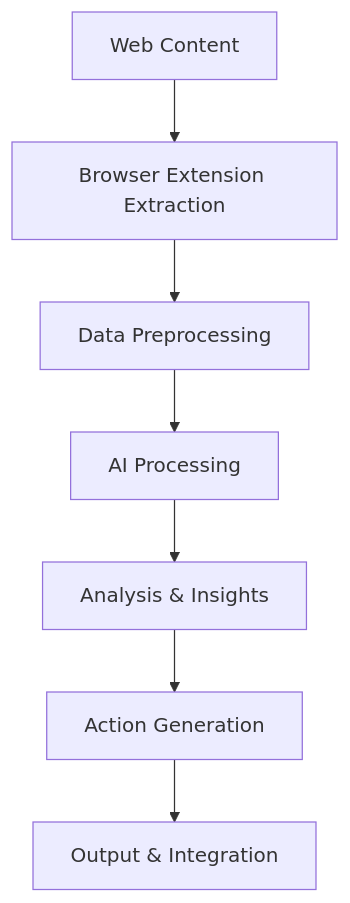
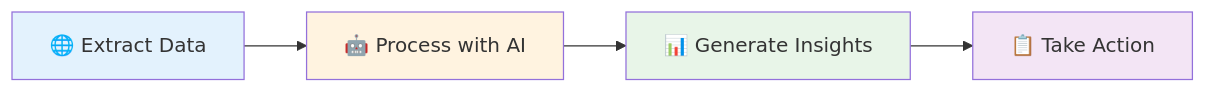
One commit to agentic-com/Agentic-Flow-Doc changed the diagram in src/content/docs/advanced-ai/examples/end-to-end-ai-workflows.md. Above: the diagram before and after it, drawn with Mermaid. The commit also changed other lines of this file and 4 other files, not shown here.

````diff
--- a/src/content/docs/advanced-ai/examples/end-to-end-ai-workflows.md
+++ b/src/content/docs/advanced-ai/examples/end-to-end-ai-workflows.md
@@ -14,9 +20,11 @@
 ```mermaid
-graph TD
-    A[Web Content] --> B[Browser Extension Extraction]
-    B --> C[Data Preprocessing]
-    C --> D[AI Processing]
-    D --> E[Analysis & Insights]
-    E --> F[Action Generation]
-    F --> G[Output & Integration]
+graph LR
+    A[🌐 Extract Data] --> B[🤖 Process with AI] 
+    B --> C[📊 Generate Insights]
+    C --> D[📋 Take Action]
+    
+    style A fill:#e3f2fd
+    style B fill:#fff3e0
+    style C fill:#e8f5e8
+    style D fill:#f3e5f5
 ```
````
